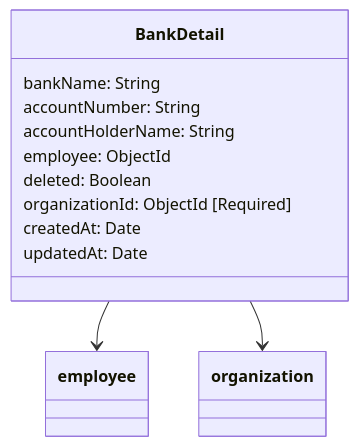
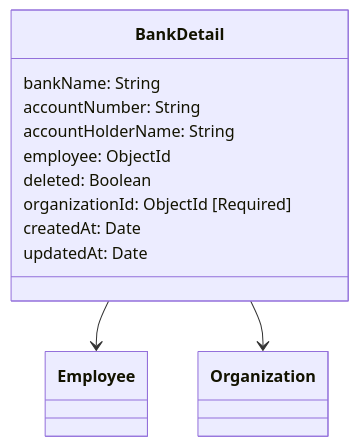
Before and after one commit to Budeshi-Products/workflowPadi-Schemas: the diagram in schema-visualizations/BankDetail.mmd, drawn with Mermaid. The commit also changed 75 other files, not shown here.

```diff
--- a/schema-visualizations/BankDetail.mmd
+++ b/schema-visualizations/BankDetail.mmd
@@ -1,14 +1,14 @@
 classDiagram
   class BankDetail {
     bankName: String
     accountNumber: String
     accountHolderName: String
     employee: ObjectId
     deleted: Boolean
     organizationId: ObjectId [Required]
     createdAt: Date
     updatedAt: Date
   }
 
-  BankDetail --> employee
-  BankDetail --> organization
+  BankDetail --> Employee
+  BankDetail --> Organization
```
